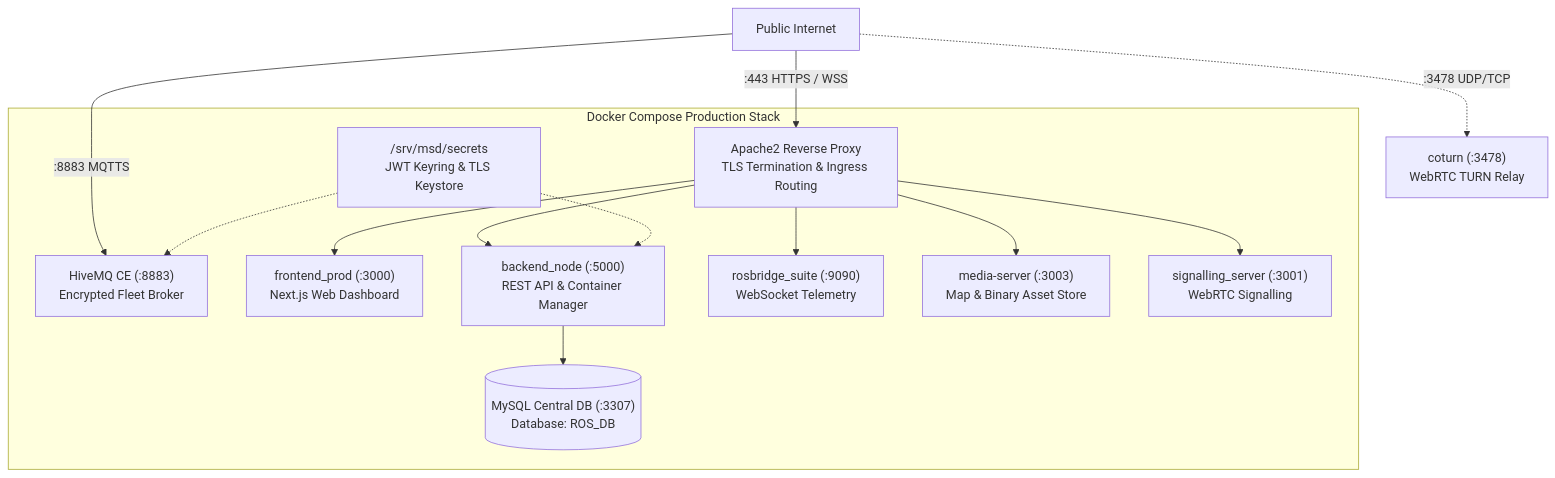
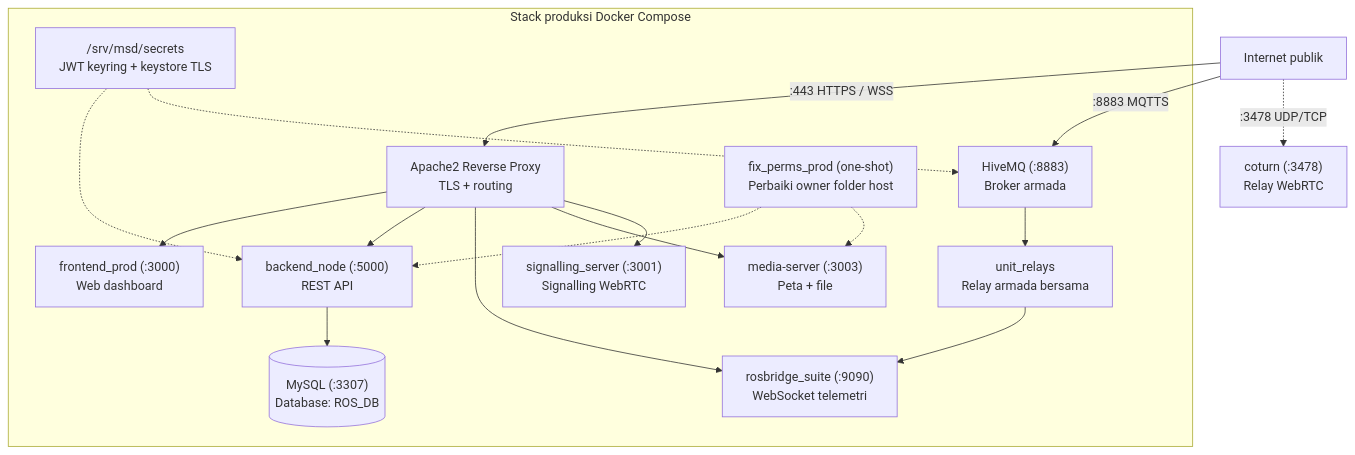
Before and after one commit to itbdelaboprogramming/msd700_documentation: the first of 2 diagrams in docs/id/setup/server-setup.md, drawn with Mermaid. The commit also changed other lines of this file and 110 other files, not shown here.

````diff
--- a/docs/id/setup/server-setup.md
+++ b/docs/id/setup/server-setup.md
@@ -19,18 +19,23 @@
 ```mermaid
 flowchart TB
-  NET["Public Internet"] -->|":443 HTTPS / WSS"| AP["Apache2 Reverse Proxy<br/>TLS Termination & Ingress Routing"]
-  NET -->|":8883 MQTTS"| MQ["HiveMQ CE (:8883)<br/>Encrypted Fleet Broker"]
-  NET -.->|":3478 UDP/TCP"| TURN["coturn (:3478)<br/>WebRTC TURN Relay"]
+  NET["Internet publik"] -->|":443 HTTPS / WSS"| AP["Apache2 Reverse Proxy<br/>TLS + routing"]
+  NET -->|":8883 MQTTS"| MQ["HiveMQ (:8883)<br/>Broker armada"]
+  NET -.->|":3478 UDP/TCP"| TURN["coturn (:3478)<br/>Relay WebRTC"]
 
-  subgraph DockerServices["Docker Compose Production Stack"]
-    AP --> FE["frontend_prod (:3000)<br/>Next.js Web Dashboard"]
-    AP --> BE["backend_node (:5000)<br/>REST API & Container Manager"]
-    AP --> RB["rosbridge_suite (:9090)<br/>WebSocket Telemetry"]
-    AP --> MED["media-server (:3003)<br/>Map & Binary Asset Store"]
-    AP --> SIG["signalling_server (:3001)<br/>WebRTC Signalling"]
-    BE --> DB[("MySQL Central DB (:3307)<br/>Database: ROS_DB")]
-    SEC["/srv/msd/secrets<br/>JWT Keyring & TLS Keystore"]
+  subgraph DockerServices["Stack produksi Docker Compose"]
+    AP --> FE["frontend_prod (:3000)<br/>Web dashboard"]
+    AP --> BE["backend_node (:5000)<br/>REST API"]
+    AP --> RB["rosbridge_suite (:9090)<br/>WebSocket telemetri"]
+    AP --> MED["media-server (:3003)<br/>Peta + file"]
+    AP --> SIG["signalling_server (:3001)<br/>Signalling WebRTC"]
+    MQ --> FR["unit_relays<br/>Relay armada bersama"]
+    FR --> RB
+    BE --> DB[("MySQL (:3307)<br/>Database: ROS_DB")]
+    SEC["/srv/msd/secrets<br/>JWT keyring + keystore TLS"]
     SEC -.-> BE
     SEC -.-> MQ
+    FP["fix_perms_prod (one-shot)<br/>Perbaiki owner folder host"]
+    FP -.-> BE
+    FP -.-> MED
   end
 ```
````
